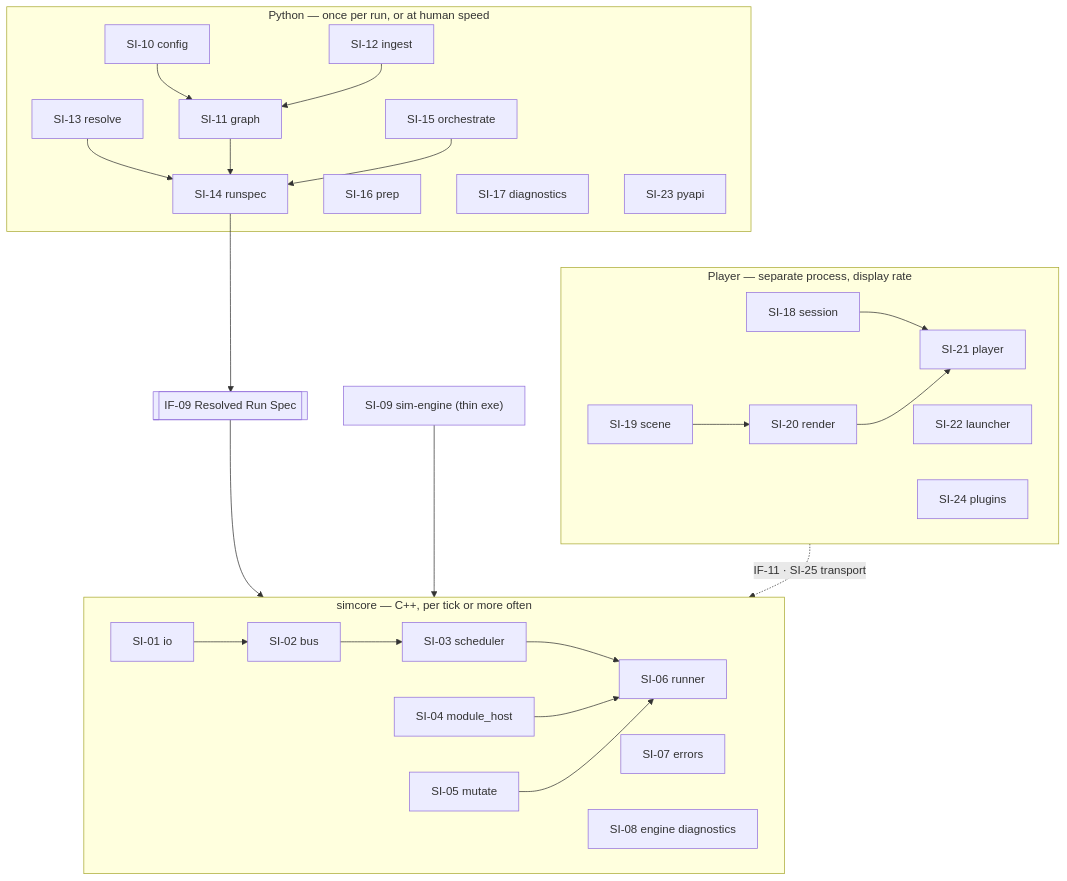
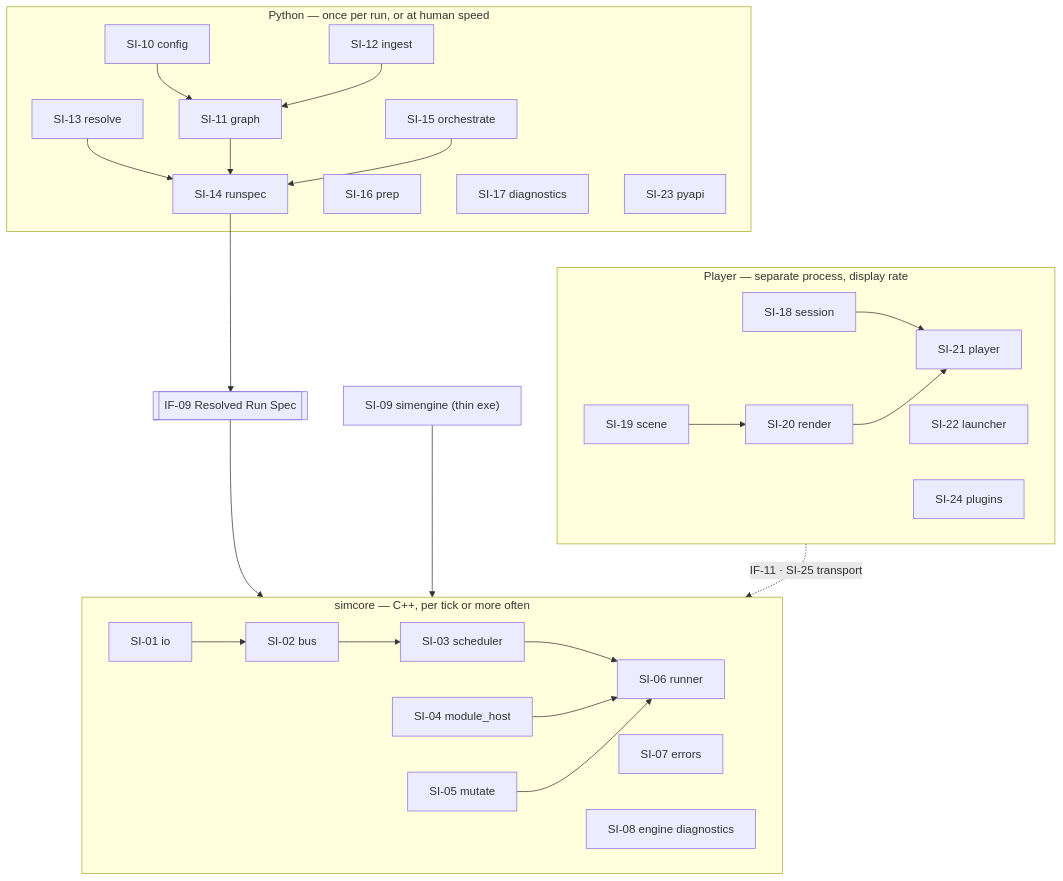
The second of 2 diagrams in docs/v2/SIM_Software_Requirements_v0.1.md (Pavan-karimajji/vantage), drawn with Mermaid before and after one commit. The commit also changed other lines of this file and 7 other files, not shown here.

First line of the commit message:
docs(sim): add Implementation Design/Plan/Test Spec + Open Questions register; simcore/simengine naming

````diff
--- a/docs/v2/SIM_Software_Requirements_v0.1.md
+++ b/docs/v2/SIM_Software_Requirements_v0.1.md
@@ -139,34 +139,34 @@
 ```mermaid
 flowchart TB
   subgraph PY["Python — once per run, or at human speed"]
     CFG["SI-10 config"] --> GRF["SI-11 graph"]
     ING["SI-12 ingest"] --> GRF
     RES["SI-13 resolve"] --> SPC
     GRF --> SPC["SI-14 runspec"]
     ORC["SI-15 orchestrate"] --> SPC
     PRP["SI-16 prep"]
     DIA["SI-17 diagnostics"]
     API["SI-23 pyapi"]
   end
   SPEC[["IF-09 Resolved Run Spec"]]
   subgraph CPP["simcore — C++, per tick or more often"]
     IO["SI-01 io"] --> BUS["SI-02 bus"]
     BUS --> SCH["SI-03 scheduler"]
     SCH --> RUN["SI-06 runner"]
     HOST["SI-04 module_host"] --> RUN
     MUT["SI-05 mutate"] --> RUN
     ERR["SI-07 errors"]
     EDG["SI-08 engine diagnostics"]
   end
-  EXE["SI-09 sim-engine (thin exe)"]
+  EXE["SI-09 simengine (thin exe)"]
   subgraph PLAYER["Player — separate process, display rate"]
     SES["SI-18 session"] --> PLR["SI-21 player"]
     SCN["SI-19 scene"] --> RND["SI-20 render"]
     RND --> PLR
     LNC["SI-22 launcher"]
     PLG["SI-24 plugins"]
   end
   SPC --> SPEC --> CPP
   EXE --> CPP
   PLAYER -. "IF-11 · SI-25 transport" .-> CPP
 ```
````
